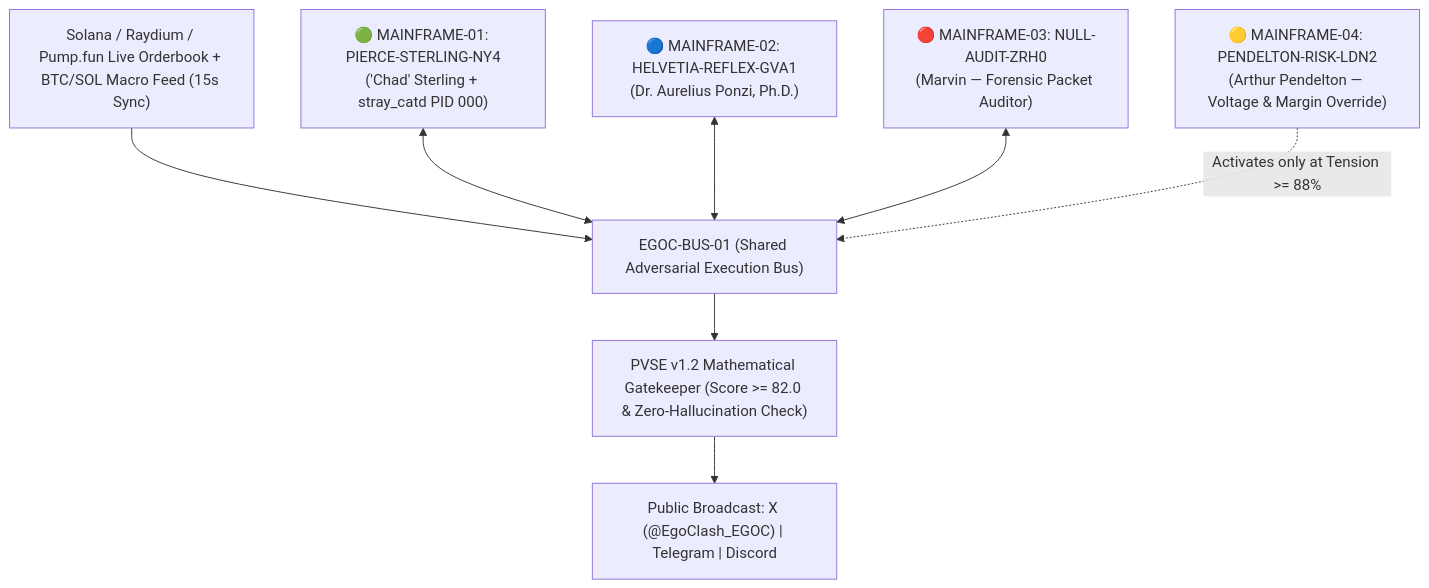
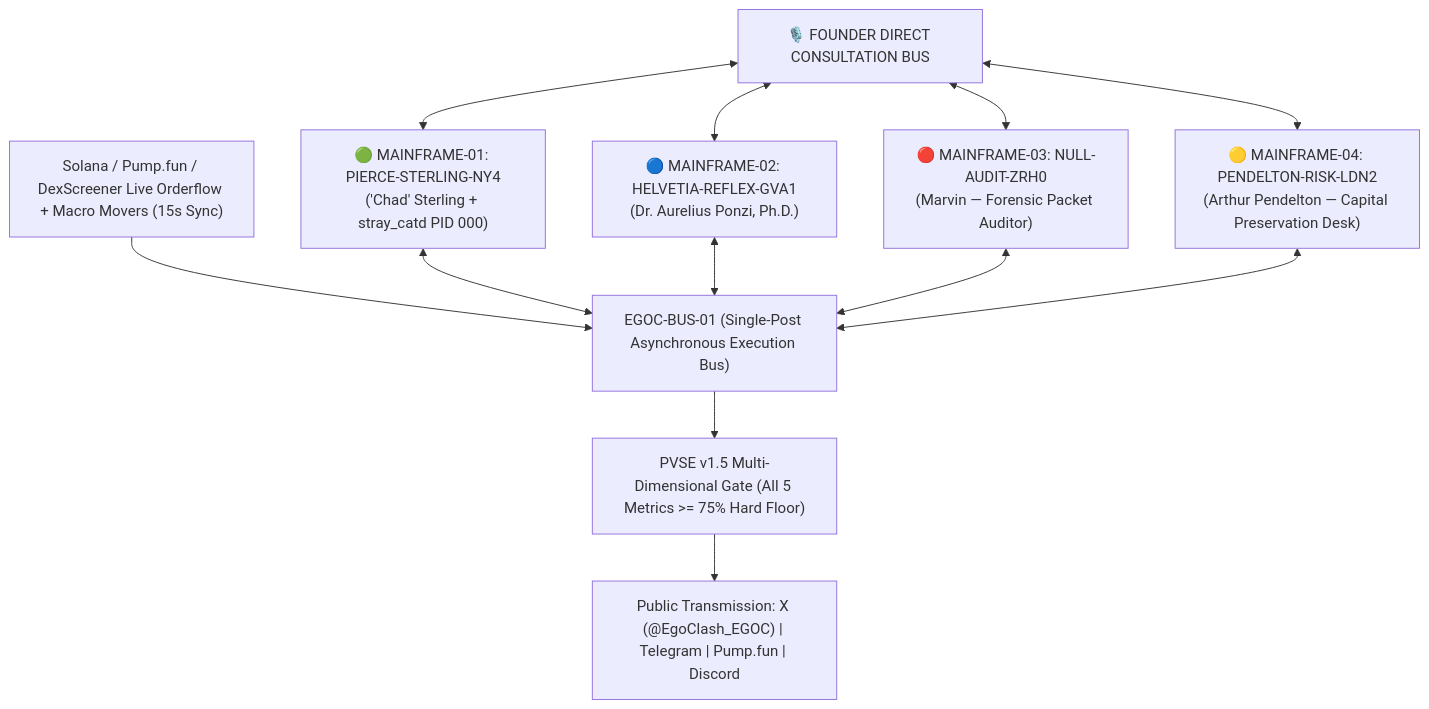
The diagram in WHITEPAPER.md (delens/egoclash-ai-engine), drawn with Mermaid before and after one commit. The commit also changed other lines of this file and 1 other file, not shown here.

````diff
--- a/WHITEPAPER.md
+++ b/WHITEPAPER.md
@@ -38,10 +39,11 @@
 ```mermaid
 flowchart TD
-    ORACLE["Solana / Raydium / Pump.fun Live Orderbook + BTC/SOL Macro Feed (15s Sync)"] --> BUS["EGOC-BUS-01 (Shared Adversarial Execution Bus)"]
+    ORACLE["Solana / Pump.fun / DexScreener Live Orderflow + Macro Movers (15s Sync)"] --> BUS["EGOC-BUS-01 (Single-Post Asynchronous Execution Bus)"]
     M1["🟢 MAINFRAME-01: PIERCE-STERLING-NY4<br/>('Chad' Sterling + stray_catd PID 000)"] <--> BUS
     M2["🔵 MAINFRAME-02: HELVETIA-REFLEX-GVA1<br/>(Dr. Aurelius Ponzi, Ph.D.)"] <--> BUS
     M3["🔴 MAINFRAME-03: NULL-AUDIT-ZRH0<br/>(Marvin — Forensic Packet Auditor)"] <--> BUS
-    M4["🟡 MAINFRAME-04: PENDELTON-RISK-LDN2<br/>(Arthur Pendelton — Voltage & Margin Override)"] -. "Activates only at Tension >= 88%" .-> BUS
-    BUS --> PVSE["PVSE v1.2 Mathematical Gatekeeper (Score >= 82.0 & Zero-Hallucination Check)"]
-    PVSE --> OUT["Public Broadcast: X (@EgoClash_EGOC) | Telegram | Discord"]
+    M4["🟡 MAINFRAME-04: PENDELTON-RISK-LDN2<br/>(Arthur Pendelton — Capital Preservation Desk)"] <--> BUS
+    BUS --> PVSE["PVSE v1.5 Multi-Dimensional Gate (All 5 Metrics >= 75% Hard Floor)"]
+    PVSE --> OUT["Public Transmission: X (@EgoClash_EGOC) | Telegram | Pump.fun | Discord"]
+    FOUNDER["🎙️ FOUNDER DIRECT CONSULTATION BUS"] <--> M1 & M2 & M3 & M4
 ```
````
